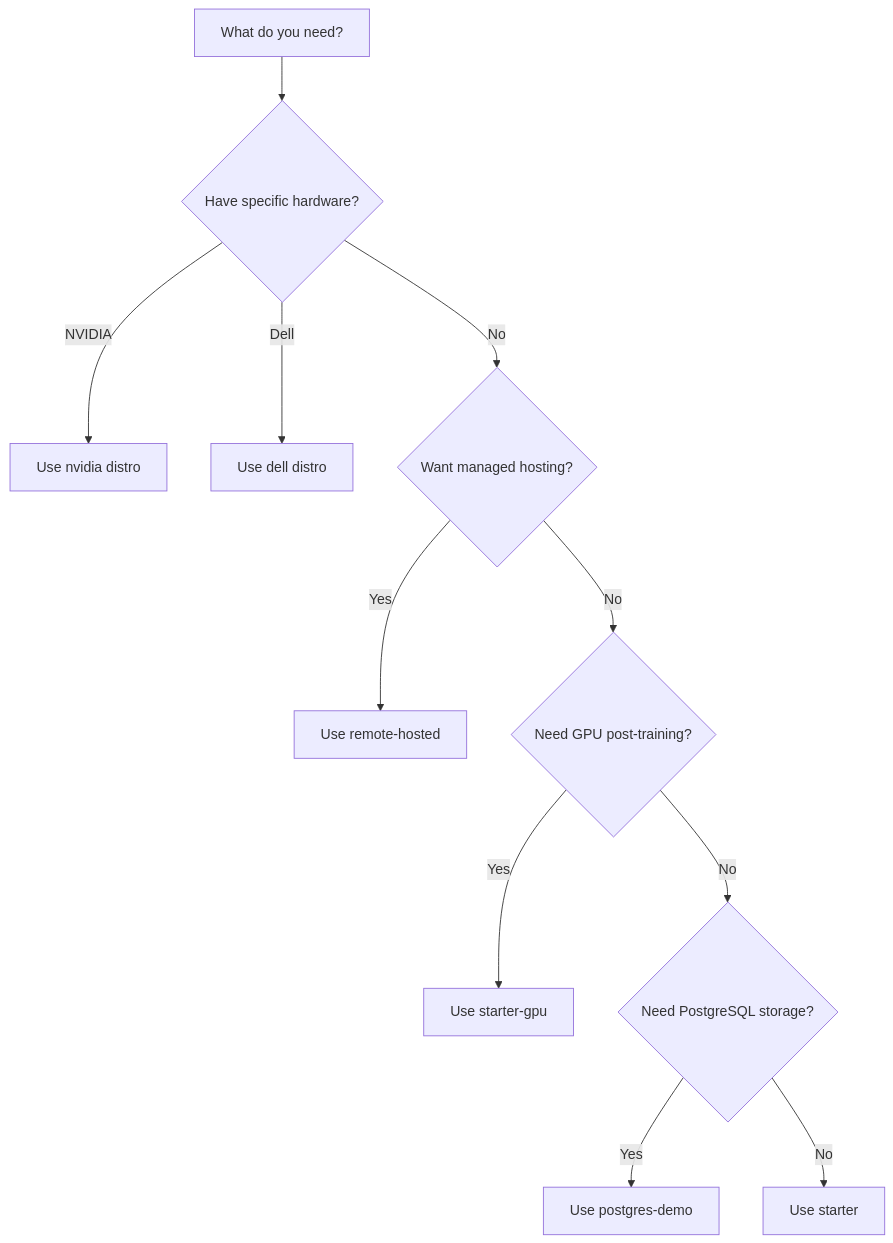
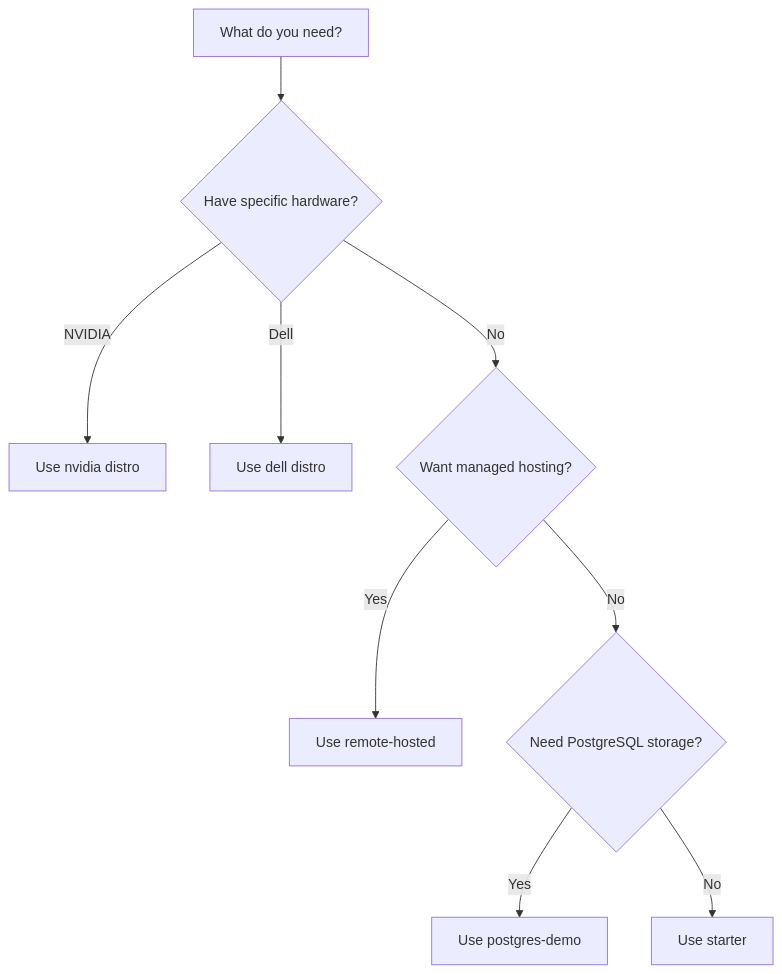
The diagram in docs/docs/distributions/list_of_distributions.mdx (llamastack/llama-stack), drawn with Mermaid before and after one commit. The commit also changed other lines of this file and 5 other files, not shown here.

First line of the commit message:
docs: remove all references to deprecated starter-gpu distribution

````diff
--- a/docs/docs/distributions/list_of_distributions.mdx
+++ b/docs/docs/distributions/list_of_distributions.mdx
@@ -76,13 +64,11 @@
 ```mermaid
 graph TD
     A[What do you need?] --> B{Have specific hardware?}
     B -->|NVIDIA| C[Use nvidia distro]
     B -->|Dell| G[Use dell distro]
     B -->|No| D{Want managed hosting?}
     D -->|Yes| E[Use remote-hosted]
-    D -->|No| H{Need GPU post-training?}
-    H -->|Yes| I[Use starter-gpu]
-    H -->|No| J{Need PostgreSQL storage?}
+    D -->|No| J{Need PostgreSQL storage?}
     J -->|Yes| K[Use postgres-demo]
     J -->|No| F[Use starter]
 ```
````
